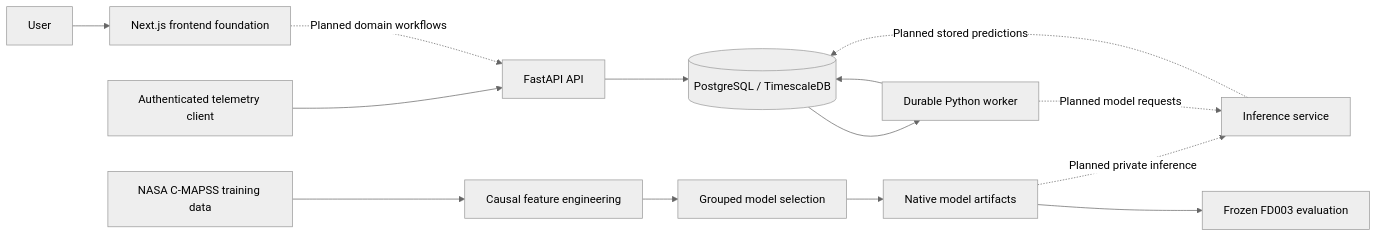
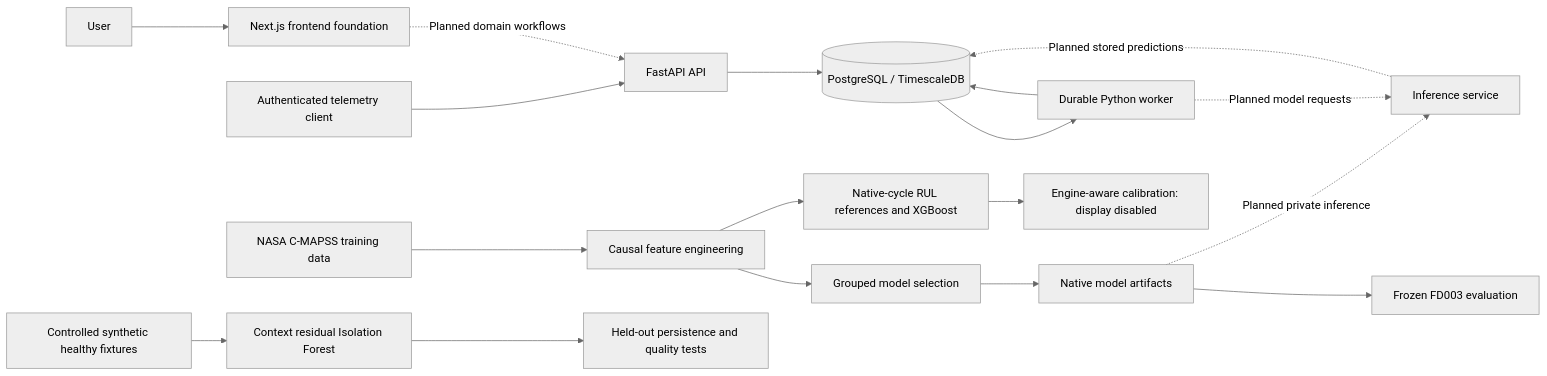
The diagram in README.md (AbhishekKumar-cse/FleetIQ), drawn with Mermaid (neutral theme) before and after one commit. The commit also changed other lines of this file and 2 other files, not shown here.

Commit message:
feat(rul): calibrate engine-aware intervals with support guards

````diff
--- a/README.md
+++ b/README.md
@@ -22,16 +24,20 @@
 ```mermaid
 flowchart LR
     User[User] --> Web[Next.js frontend foundation]
     Client[Authenticated telemetry client] --> API[FastAPI API]
     API --> DB[(PostgreSQL / TimescaleDB)]
     DB --> Worker[Durable Python worker]
     Worker --> DB
     NASA[NASA C-MAPSS training data] --> Features[Causal feature engineering]
     Features --> Training[Grouped model selection]
+    Synthetic[Controlled synthetic healthy fixtures] --> Anomaly[Context residual Isolation Forest]
+    Anomaly --> Robustness[Held-out persistence and quality tests]
+    Features --> RUL[Native-cycle RUL references and XGBoost]
+    RUL --> Intervals[Engine-aware calibration: display disabled]
     Training --> Bundle[Native model artifacts]
     Bundle --> Evaluation[Frozen FD003 evaluation]
     Web -. Planned domain workflows .-> API
     Bundle -. Planned private inference .-> Inference[Inference service]
     Worker -. Planned model requests .-> Inference
     Inference -. Planned stored predictions .-> DB
 ```
````
